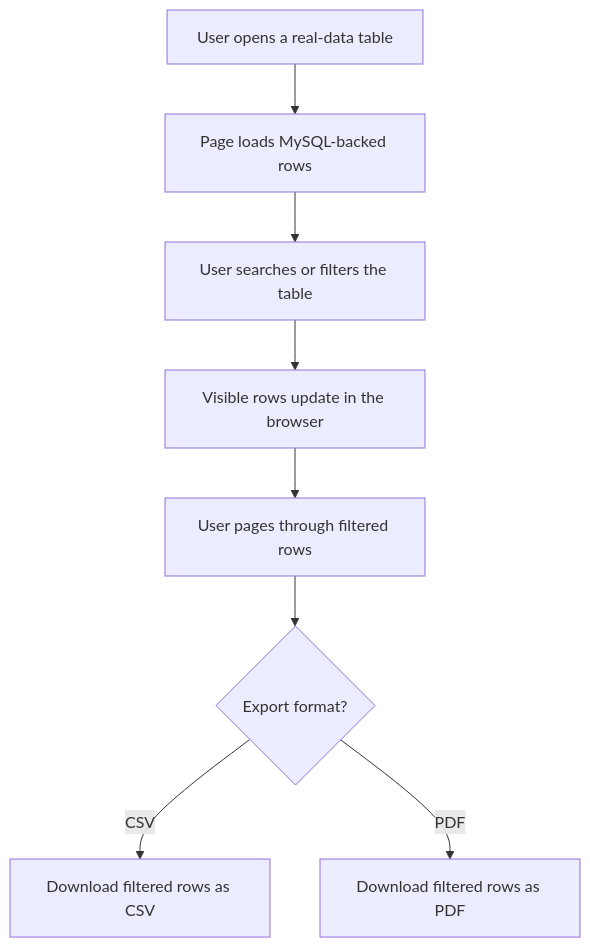
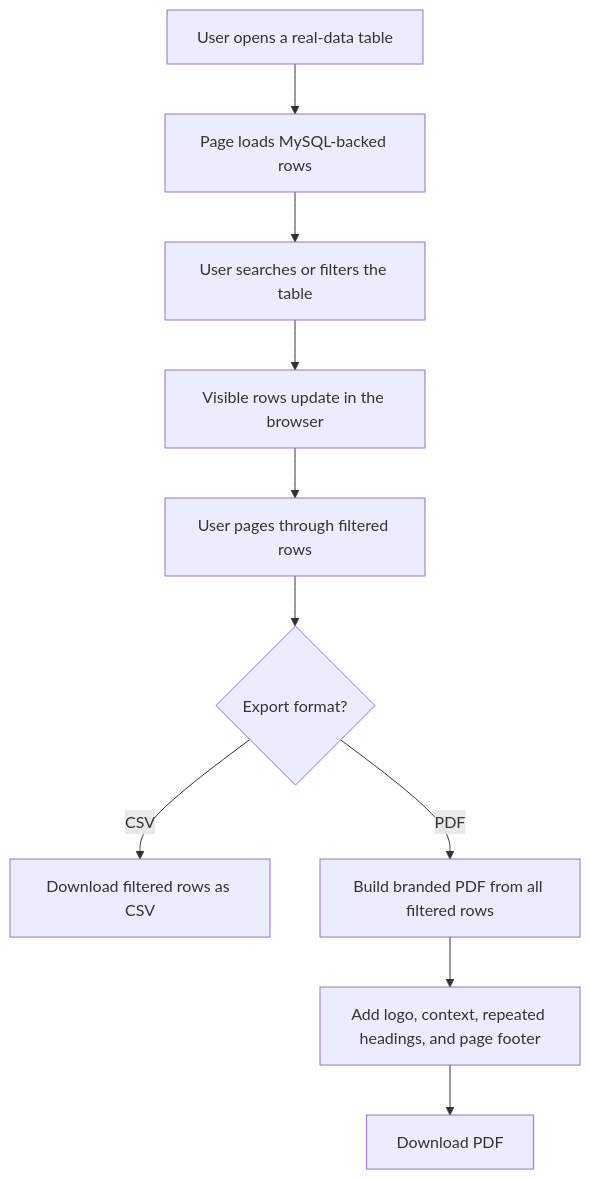
Before and after one commit to Xeyn19/xmetapay: diagram 22 of 22 in docs/PROJECT_FLOWCHARTS.md, drawn with Mermaid. The commit also changed other lines of this file and 15 other files, not shown here.

First line of the commit message:
Adds a shared XMETA Pay browser PDF export layer for real-data admin and parent tables. Table PDFs now use the brand logo with fallback, orange report styling, generated metadata, repeated table headings, alternating rows, footer branding, and page numbering.

````diff
--- a/docs/PROJECT_FLOWCHARTS.md
+++ b/docs/PROJECT_FLOWCHARTS.md
@@ -800,10 +800,12 @@
 ```mermaid
 flowchart TD
   A["User opens a real-data table"] --> B["Page loads MySQL-backed rows"]
   B --> C["User searches or filters the table"]
   C --> D["Visible rows update in the browser"]
   D --> E["User pages through filtered rows"]
   E --> F{"Export format?"}
   F -->|CSV| G["Download filtered rows as CSV"]
-  F -->|PDF| H["Download filtered rows as PDF"]
+  F -->|PDF| H["Build branded PDF from all filtered rows"]
+  H --> I["Add logo, context, repeated headings, and page footer"]
+  I --> J["Download PDF"]
 ```
````
